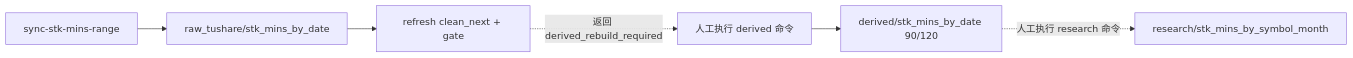
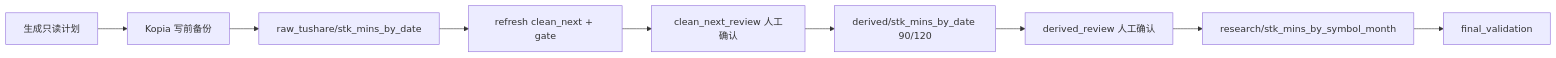
The first of 2 diagrams in docs/architecture/local-lake-stk-mins-sync-center-pipeline-plan-v1.md (chiuser/goldenshare), drawn with Mermaid before and after one commit. The commit also changed other lines of this file and 30 other files, not shown here.

````diff
--- a/docs/architecture/local-lake-stk-mins-sync-center-pipeline-plan-v1.md
+++ b/docs/architecture/local-lake-stk-mins-sync-center-pipeline-plan-v1.md
@@ -52,8 +52,11 @@
 ```mermaid
 flowchart LR
-  A["sync-stk-mins-range"] --> B["raw_tushare/stk_mins_by_date"]
-  B --> C["refresh clean_next + gate"]
-  C -. "返回 derived_rebuild_required" .-> D["人工执行 derived 命令"]
-  D --> E["derived/stk_mins_by_date 90/120"]
-  E -. "人工执行 research 命令" .-> F["research/stk_mins_by_symbol_month"]
+  A["生成只读计划"] --> B["Kopia 写前备份"]
+  B --> C["raw_tushare/stk_mins_by_date"]
+  C --> D["refresh clean_next + gate"]
+  D --> E["clean_next_review 人工确认"]
+  E --> F["derived/stk_mins_by_date 90/120"]
+  F --> G["derived_review 人工确认"]
+  G --> H["research/stk_mins_by_symbol_month"]
+  H --> I["final_validation"]
 ```
````
